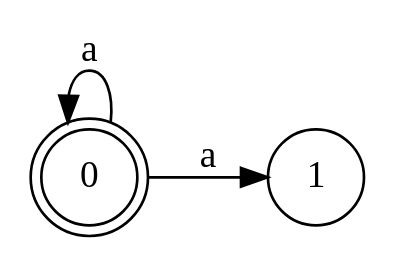
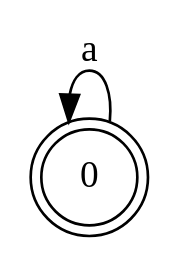
Before and after one commit to icicle-lang/icicle-lang.github.io: the diagram in dot/star.gv, drawn with Graphviz. The commit also changed 27 other files, not shown here.

```diff
--- a/dot/star.gv
+++ b/dot/star.gv
@@ -1,8 +1,7 @@
 digraph finite_state_machine {
 	rankdir=LR;
 	size="8,5"
 	node [shape = doublecircle]; 0;
 	node [shape = circle];
-	0 -> 1 [ label = "a" ];
 	0 -> 0 [ label = "a", dir = back ];
 }
```
